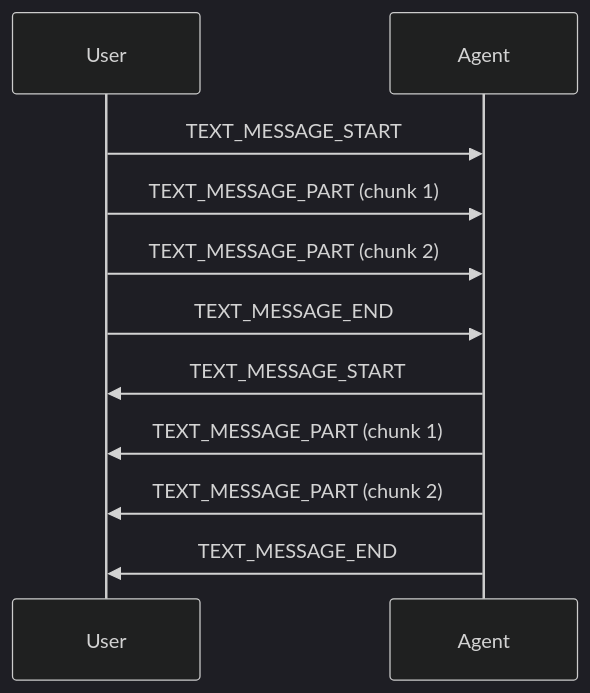
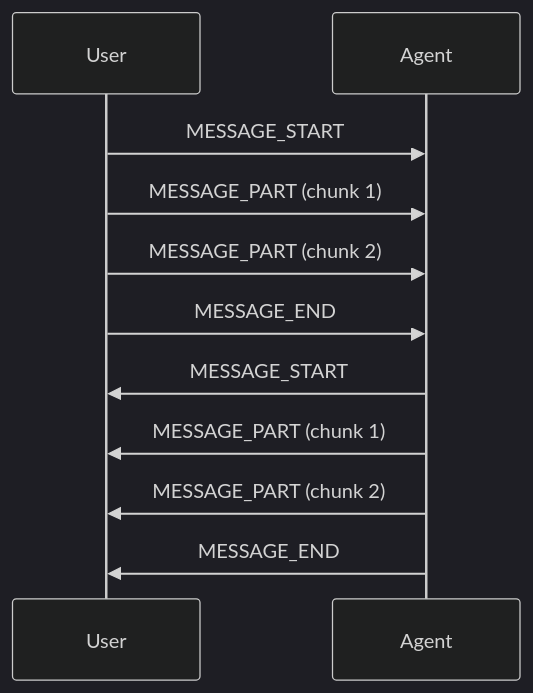
The diagram in docs/essentials/messaging.mdx (haiprotocol/haip), drawn with Mermaid (dark theme) before and after one commit. The commit also changed other lines of this file and 51 other files, not shown here.

````diff
--- a/docs/essentials/messaging.mdx
+++ b/docs/essentials/messaging.mdx
@@ -16,15 +16,15 @@
 ```mermaid
 sequenceDiagram
     participant U as User
     participant A as Agent
-    
-    U->>A: TEXT_MESSAGE_START
-    U->>A: TEXT_MESSAGE_PART (chunk 1)
-    U->>A: TEXT_MESSAGE_PART (chunk 2)
-    U->>A: TEXT_MESSAGE_END
-    
-    A->>U: TEXT_MESSAGE_START
-    A->>U: TEXT_MESSAGE_PART (chunk 1)
-    A->>U: TEXT_MESSAGE_PART (chunk 2)
-    A->>U: TEXT_MESSAGE_END
+
+    U->>A: MESSAGE_START
+    U->>A: MESSAGE_PART (chunk 1)
+    U->>A: MESSAGE_PART (chunk 2)
+    U->>A: MESSAGE_END
+
+    A->>U: MESSAGE_START
+    A->>U: MESSAGE_PART (chunk 1)
+    A->>U: MESSAGE_PART (chunk 2)
+    A->>U: MESSAGE_END
 ```
````
